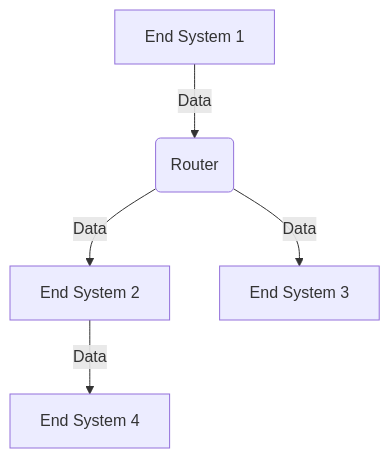
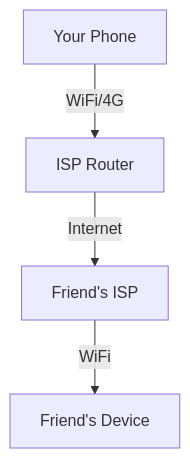
The diagram in ch1/1.1_What_Is_the_Internet.md (Attash2312/cntheory), drawn with Mermaid before and after one commit. The commit also changed other lines of this file and 78 other files, not shown here.

````diff
--- a/ch1/1.1_What_Is_the_Internet.md
+++ b/ch1/1.1_What_Is_the_Internet.md
@@ -16,7 +18,6 @@
 ```mermaid
 graph TD
-  A[End System 1] -- Data --> B(Router)
-  B -- Data --> C[End System 2]
-  B -- Data --> D[End System 3]
-  C -- Data --> E[End System 4]
+  A[Your Phone] -- WiFi/4G --> B[ISP Router]
+  B -- Internet --> C[Friend's ISP]
+  C -- WiFi --> D[Friend's Device]
 ```
````
